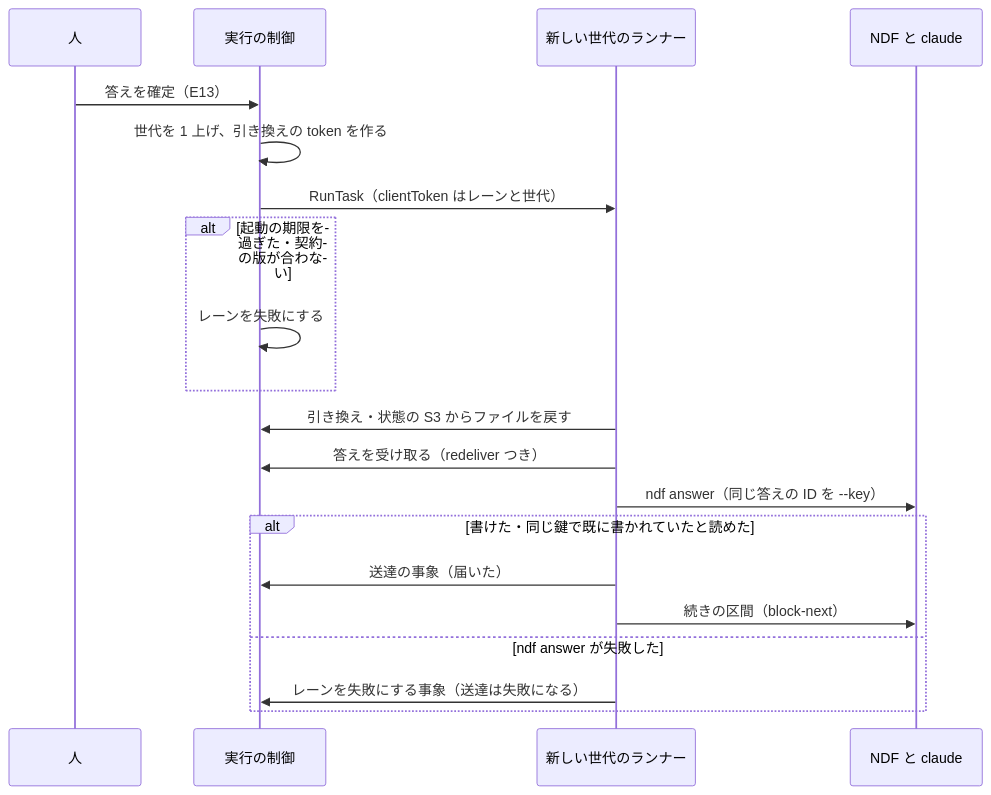
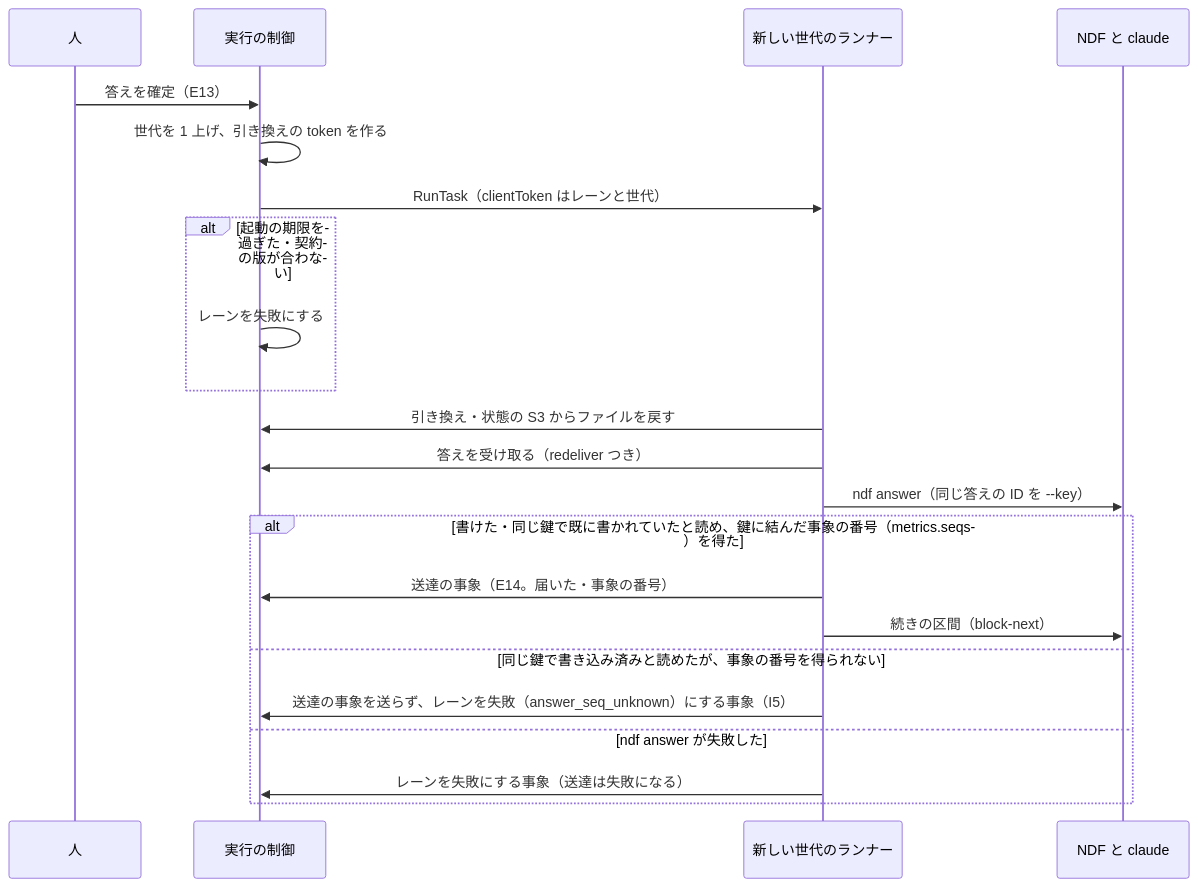
The ninth of 10 diagrams in issues/issue-32-design.md (devbasex/nd-factory), drawn with Mermaid before and after one commit. The commit also changed other lines of this file, not shown here.

````diff
--- a/issues/issue-32-design.md
+++ b/issues/issue-32-design.md
@@ -591,22 +602,24 @@
 ```mermaid
 sequenceDiagram
     participant H as 人
     participant API as 実行の制御
     participant R as 新しい世代のランナー
     participant N as NDF と claude
     H->>API: 答えを確定（E13）
     API->>API: 世代を 1 上げ、引き換えの token を作る
     API->>R: RunTask（clientToken はレーンと世代）
     alt 起動の期限を過ぎた・契約の版が合わない
         API->>API: レーンを失敗にする
     end
     R->>API: 引き換え・状態の S3 からファイルを戻す
     R->>API: 答えを受け取る（redeliver つき）
     R->>N: ndf answer（同じ答えの ID を --key）
-    alt 書けた・同じ鍵で既に書かれていたと読めた
-        R->>API: 送達の事象（届いた）
+    alt 書けた・同じ鍵で既に書かれていたと読め、鍵に結んだ事象の番号（metrics.seqs）を得た
+        R->>API: 送達の事象（E14。届いた・事象の番号）
         R->>N: 続きの区間（block-next）
+    else 同じ鍵で書き込み済みと読めたが、事象の番号を得られない
+        R->>API: 送達の事象を送らず、レーンを失敗（answer_seq_unknown）にする事象（I5）
     else ndf answer が失敗した
         R->>API: レーンを失敗にする事象（送達は失敗になる）
     end
 ```
````
